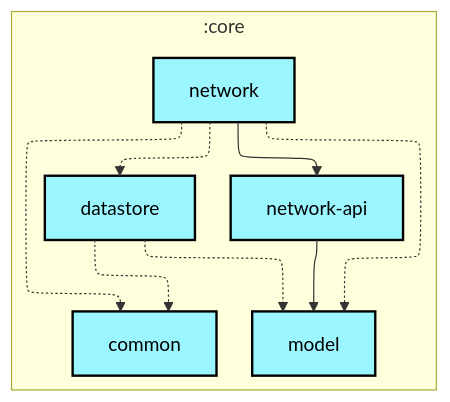
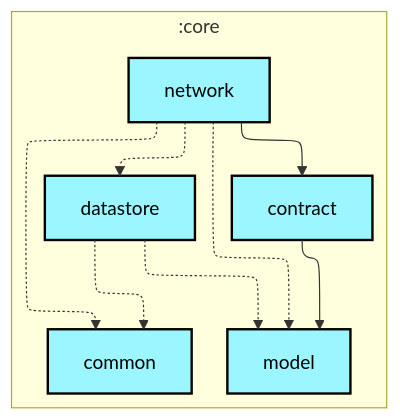
The first of 2 diagrams in core/network/README.md (woods-marshes/chat-multiplatform), drawn with Mermaid before and after one commit. The commit also changed 58 other files, not shown here.

Commit message:
build: rename core:network-api module to core:contract

````diff
--- a/core/network/README.md
+++ b/core/network/README.md
@@ -6,32 +6,32 @@
 ```mermaid
 ---
 config:
   layout: elk
   elk:
     nodePlacementStrategy: SIMPLE
 ---
 graph TB
   subgraph :core
     direction TB
     :core:common[common]:::kotlin-multiplatform
+    :core:contract[contract]:::kotlin-multiplatform
     :core:datastore[datastore]:::kotlin-multiplatform
     :core:model[model]:::kotlin-multiplatform
     :core:network[network]:::kotlin-multiplatform
-    :core:network-api[network-api]:::kotlin-multiplatform
   end
 
+  :core:contract --> :core:model
   :core:datastore -.-> :core:common
   :core:datastore -.-> :core:model
   :core:network -.-> :core:common
+  :core:network --> :core:contract
   :core:network -.-> :core:datastore
   :core:network -.-> :core:model
-  :core:network --> :core:network-api
-  :core:network-api --> :core:model
 
 classDef android-application fill:#CAFFBF,stroke:#000,stroke-width:2px,color:#000;
 classDef desktop-application fill:#BDB2FF,stroke:#000,stroke-width:2px,color:#000;
 classDef compose-multiplatform fill:#FFD6A5,stroke:#000,stroke-width:2px,color:#000;
 classDef ktor-server fill:#FDFFB6,stroke:#000,stroke-width:2px,color:#000;
 classDef kotlin-multiplatform fill:#9BF6FF,stroke:#000,stroke-width:2px,color:#000;
 classDef unknown fill:#FFADAD,stroke:#000,stroke-width:2px,color:#000;
 ```
````
